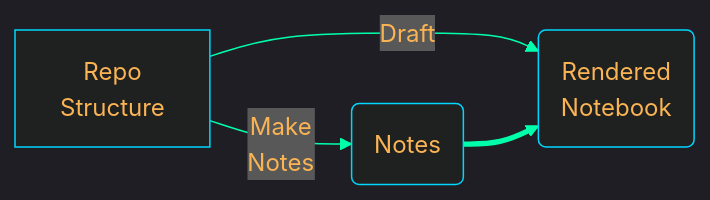
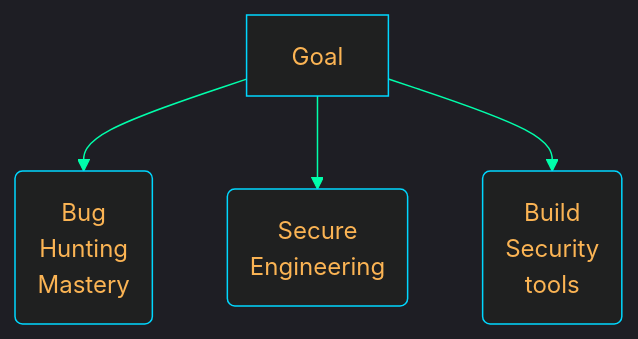
One commit to m0ham3dx/mx-web3-learninz changed the first of 3 diagrams in README.md. Above: the diagram before and after it, drawn with Mermaid. The commit also changed other lines of this file, not shown here.

````diff
--- a/README.md
+++ b/README.md
@@ -41,9 +32,7 @@
 ```mermaid
  %%{init: {'theme':'dark', 'themeVariables':{'textColor':'#FBB454', 'nodeBorder':'#00D7FF', 'lineColor':'#00FFAB'}}}%%
- graph LR
-    A[Repo <br> Structure] -->|Make<br>Notes| A1(Notes)
-    A -->|Draft| A2(Rendered <br> Notebook)
-    A1 ==> A2
-    click A1 href "https://github.com/m0ham3dx/mx-web3-learninz/tree/main/ld" "Notes Dir" _blank
-    click A2 href "https://github.com/m0ham3dx/mx-web3-learninz/tree/main/ebuk" "Book Dir" _blank
+ graph TD
+    A[Goal] --> A1(Bug<br>Hunting<br>Mastery)
+    A --> A2(Secure<br>Engineering)
+    A --> A3(Build<br>Security<br>tools)    
 ```
````
